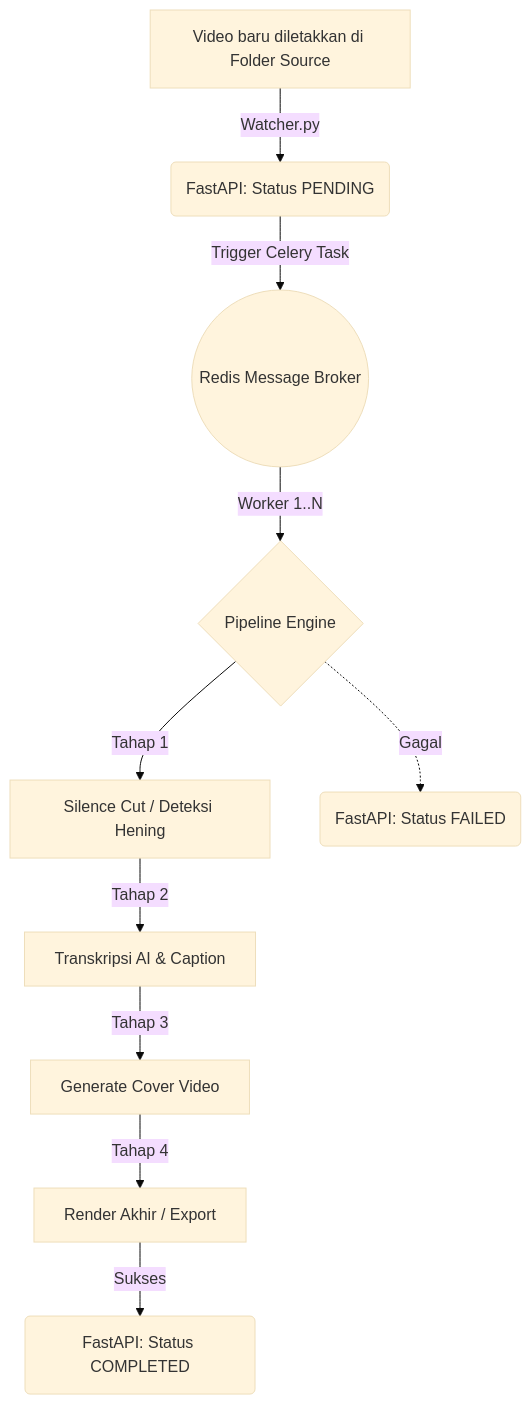
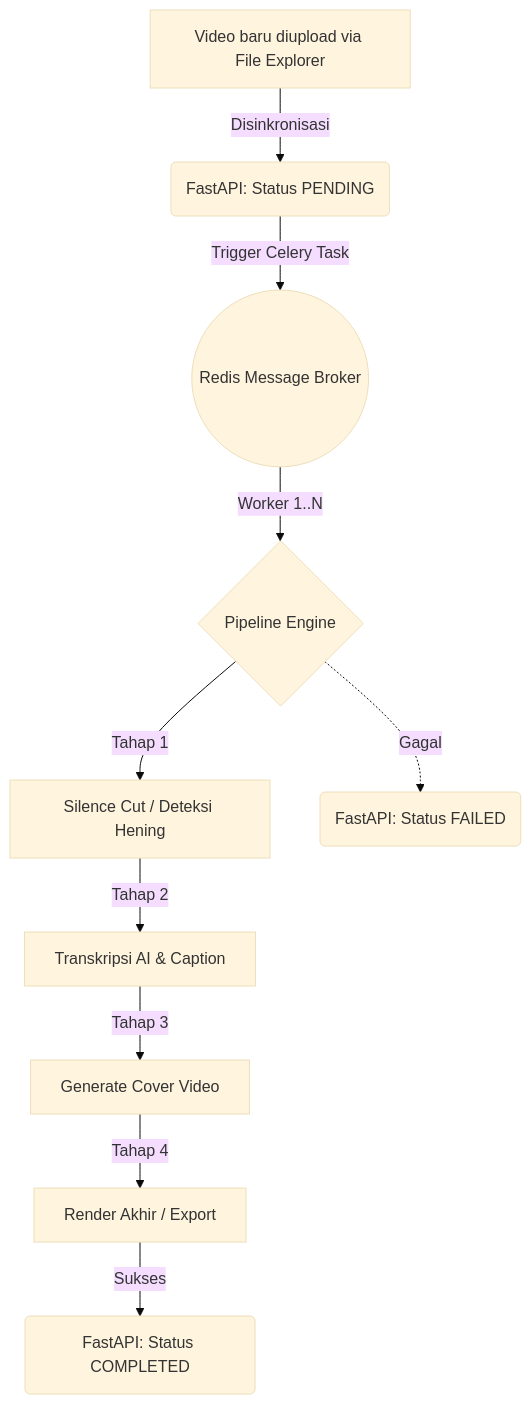
The second of 4 diagrams in PRD_claude II.md (Muhira007/vidflow-studio), drawn with Mermaid (base theme) before and after one commit. The commit also changed other lines of this file and 50 other files, not shown here.

````diff
--- a/PRD_claude II.md
+++ b/PRD_claude II.md
@@ -255,12 +255,12 @@
 ```mermaid
 graph TD
-    A[Video baru diletakkan di Folder Source] -->|Watcher.py| B(FastAPI: Status PENDING)
+    A[Video baru diupload via File Explorer] -->|Disinkronisasi| B(FastAPI: Status PENDING)
     B -->|Trigger Celery Task| C((Redis Message Broker))
     C -->|Worker 1..N| D{Pipeline Engine}
     D -->|Tahap 1| E[Silence Cut / Deteksi Hening]
     E -->|Tahap 2| F[Transkripsi AI & Caption]
     F -->|Tahap 3| G[Generate Cover Video]
     G -->|Tahap 4| H[Render Akhir / Export]
     H -->|Sukses| I(FastAPI: Status COMPLETED)
     D -.->|Gagal| J(FastAPI: Status FAILED)
 ```
````
